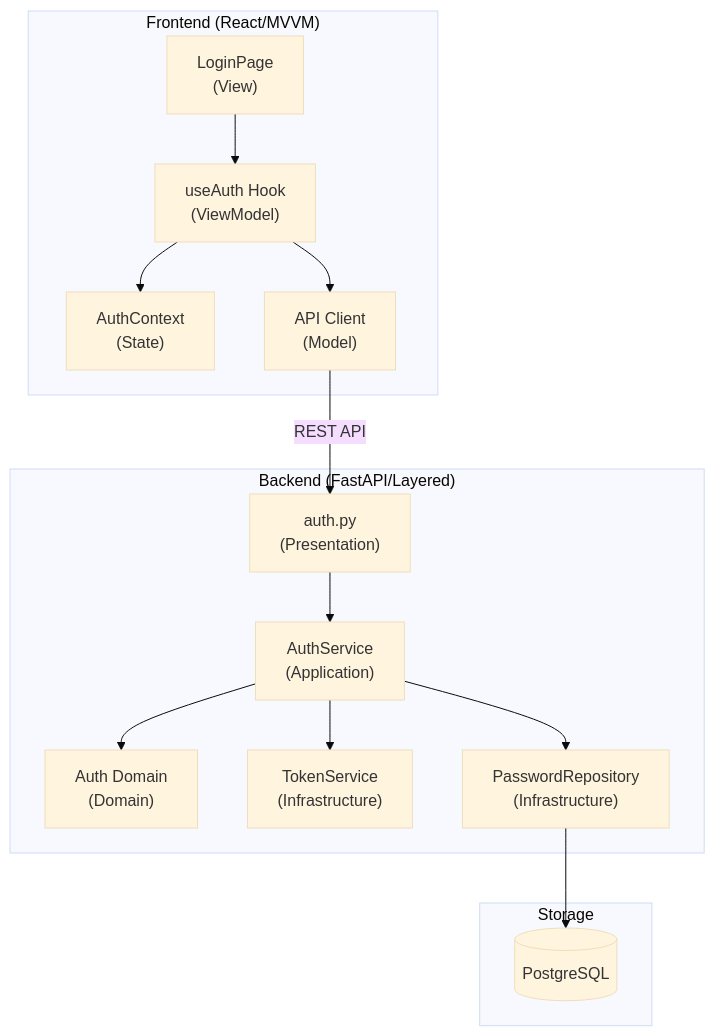
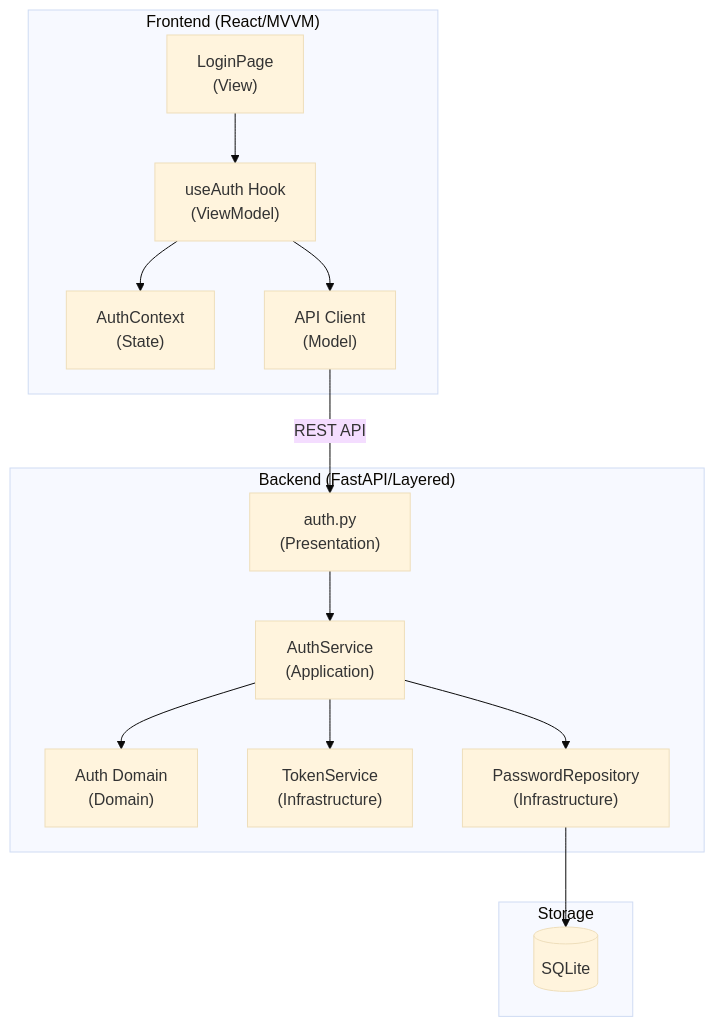
One commit to Universal-Micro-Networks/ecg-mi-inference changed the first of 4 diagrams in .kiro/specs/authorization/design.md. Above: the diagram before and after it, drawn with Mermaid (base theme). The commit also changed other lines of this file and 93 other files, not shown here.

````diff
--- a/.kiro/specs/authorization/design.md
+++ b/.kiro/specs/authorization/design.md
@@ -44,31 +44,31 @@
 ```mermaid
 graph TB
     subgraph Frontend["Frontend (React/MVVM)"]
         LoginPage["LoginPage<br/>(View)"]
         useAuth["useAuth Hook<br/>(ViewModel)"]
         AuthContext["AuthContext<br/>(State)"]
         ApiClient["API Client<br/>(Model)"]
     end
 
     subgraph Backend["Backend (FastAPI/Layered)"]
         AuthRouter["auth.py<br/>(Presentation)"]
         AuthService["AuthService<br/>(Application)"]
         AuthDomain["Auth Domain<br/>(Domain)"]
         TokenService["TokenService<br/>(Infrastructure)"]
         PasswordRepo["PasswordRepository<br/>(Infrastructure)"]
     end
 
     subgraph Storage["Storage"]
-        PostgreSQL[(PostgreSQL)]
+        SQLite[(SQLite)]
     end
 
     LoginPage --> useAuth
     useAuth --> AuthContext
     useAuth --> ApiClient
     ApiClient -->|REST API| AuthRouter
     AuthRouter --> AuthService
     AuthService --> AuthDomain
     AuthService --> TokenService
     AuthService --> PasswordRepo
-    PasswordRepo --> PostgreSQL
+    PasswordRepo --> SQLite
 ```
````
